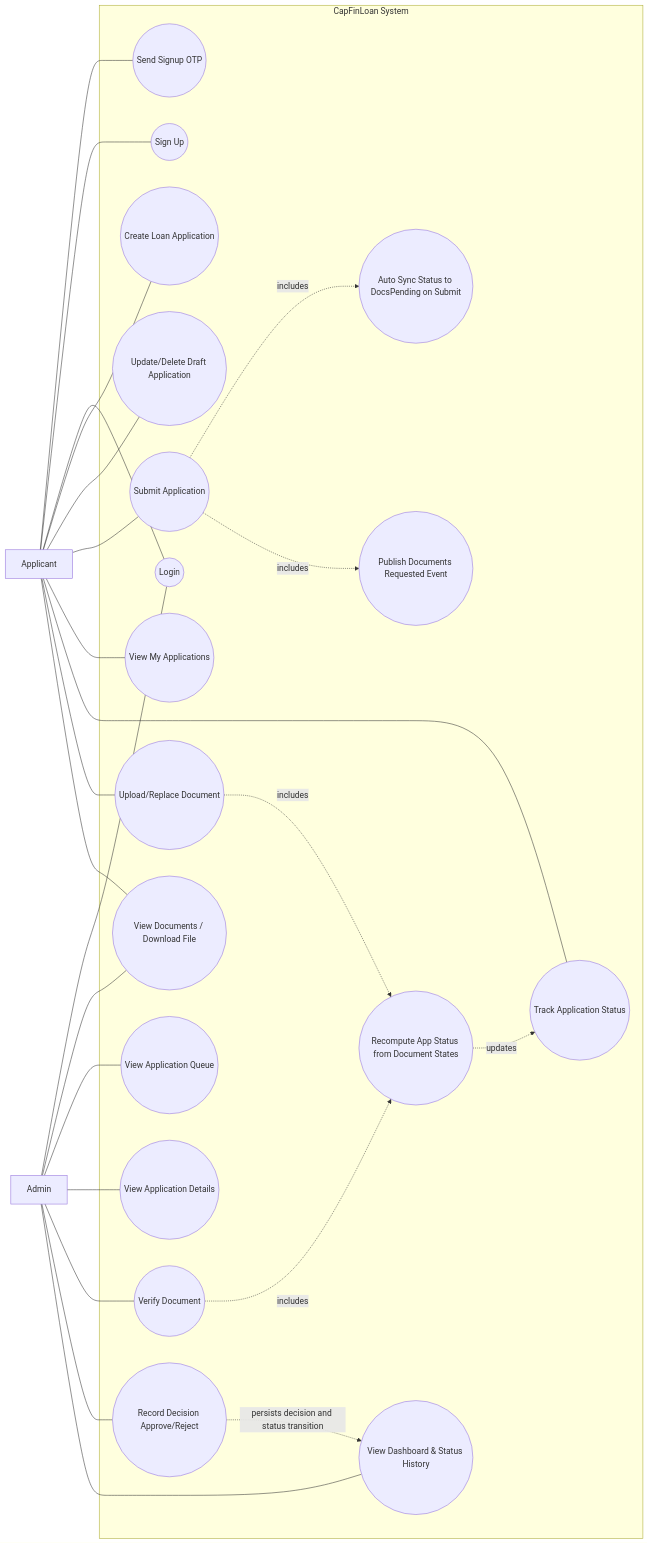
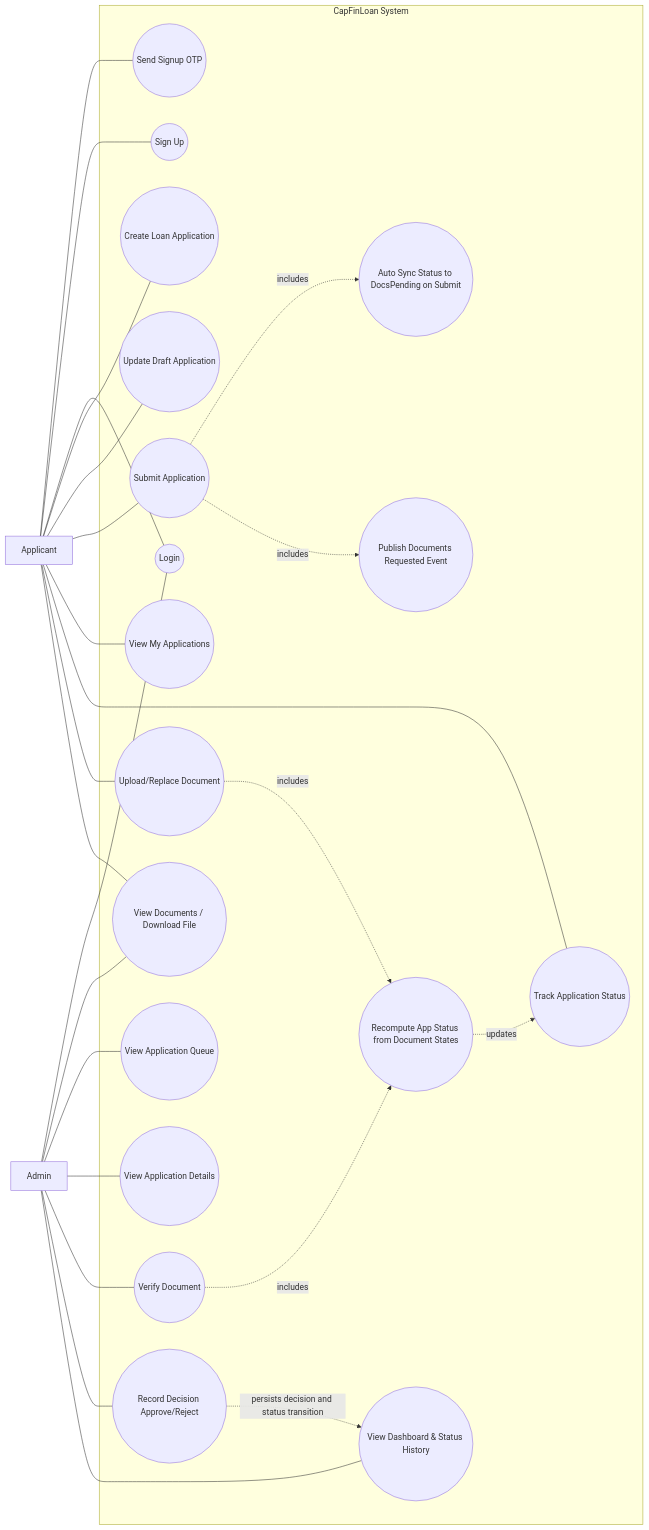
The second of 3 diagrams in Docs/architecture-usecase-ef-diagrams.md (Harsha260419/FastTrack-CapFinLoan), drawn with Mermaid before and after one commit. The commit also changed 6 other files, not shown here.

Commit message:
diagrams

````diff
--- a/Docs/architecture-usecase-ef-diagrams.md
+++ b/Docs/architecture-usecase-ef-diagrams.md
@@ -65,52 +65,52 @@
 ```mermaid
 flowchart LR
     AP[Applicant]
     AD[Admin]
 
     subgraph CAP[CapFinLoan System]
       UC1((Send Signup OTP))
       UC2((Sign Up))
       UC3((Login))
       UC4((Create Loan Application))
-      UC5((Update/Delete Draft Application))
+      UC5((Update Draft Application))
       UC6((Submit Application))
       UC7((View My Applications))
       UC8((Track Application Status))
       UC9((Upload/Replace Document))
       UC10((View Documents / Download File))
       UC11((View Application Queue))
       UC12((View Application Details))
       UC13((Verify Document))
       UC14((Record Decision Approve/Reject))
       UC15((View Dashboard & Status History))
       UC16((Auto Sync Status to DocsPending on Submit))
       UC17((Publish Documents Requested Event))
       UC18((Recompute App Status from Document States))
     end
 
     AP --- UC1
     AP --- UC2
     AP --- UC3
     AP --- UC4
     AP --- UC5
     AP --- UC6
     AP --- UC7
     AP --- UC8
     AP --- UC9
     AP --- UC10
 
     AD --- UC3
     AD --- UC10
     AD --- UC11
     AD --- UC12
     AD --- UC13
     AD --- UC14
     AD --- UC15
 
     UC6 -. includes .-> UC16
     UC6 -. includes .-> UC17
     UC9 -. includes .-> UC18
     UC13 -. includes .-> UC18
     UC18 -. updates .-> UC8
     UC14 -. persists decision and status transition .-> UC15
 ```
````
